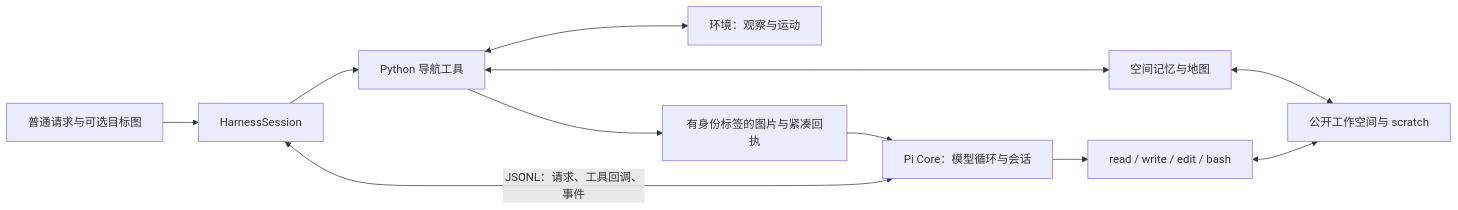
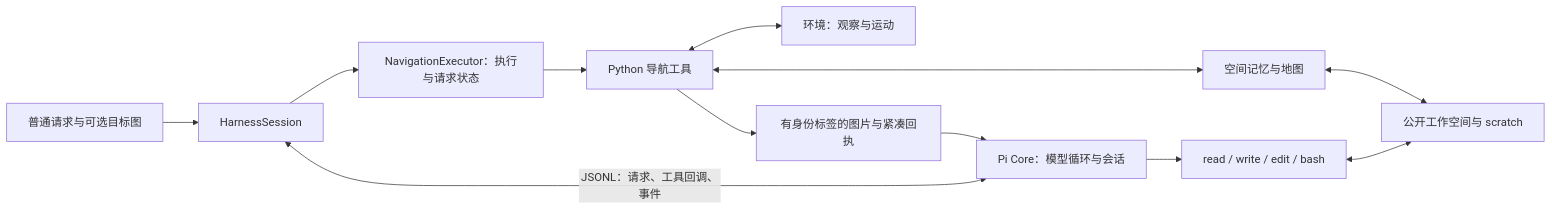
The diagram in src/harness/README.md (chensunlai/NavCraft), drawn with Mermaid before and after one commit. The commit also changed other lines of this file and 5 other files, not shown here.

````diff
--- a/src/harness/README.md
+++ b/src/harness/README.md
@@ -47,13 +47,14 @@
 ```mermaid
 flowchart LR
     P[普通请求与可选目标图] --> S[HarnessSession]
     S <-->|JSONL：请求、工具回调、事件| C[Pi Core：模型循环与会话]
     C --> F[read / write / edit / bash]
-    S --> T[Python 导航工具]
+    S --> X[NavigationExecutor：执行与请求状态]
+    X --> T[Python 导航工具]
     T <--> E[环境：观察与运动]
     T <--> M[空间记忆与地图]
     T --> O[有身份标签的图片与紧凑回执]
     O --> C
     F <--> W[公开工作空间与 scratch]
     M <--> W
 ```
````
